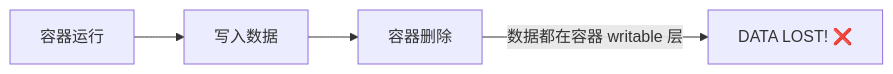
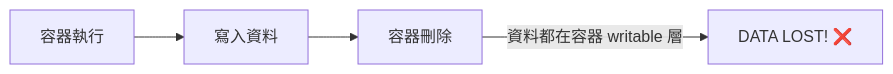
The first of 3 diagrams in 08_data/8.1_volume.md (doggy8088/docker_practice), drawn with Mermaid before and after one commit. The commit also changed other lines of this file and 210 other files, not shown here.

````diff
--- a/08_data/8.1_volume.md
+++ b/08_data/8.1_volume.md
@@ -7,6 +7,6 @@
 ```mermaid
 flowchart LR
-    Run[容器运行] --> Write[写入数据]
-    Write --> Delete[容器删除]
-    Delete -->|数据都在容器 writable 层| Lost[DATA LOST! ❌]
+    Run[容器執行] --> Write[寫入資料]
+    Write --> Delete[容器刪除]
+    Delete -->|資料都在容器 writable 層| Lost[DATA LOST! ❌]
 ```
````
